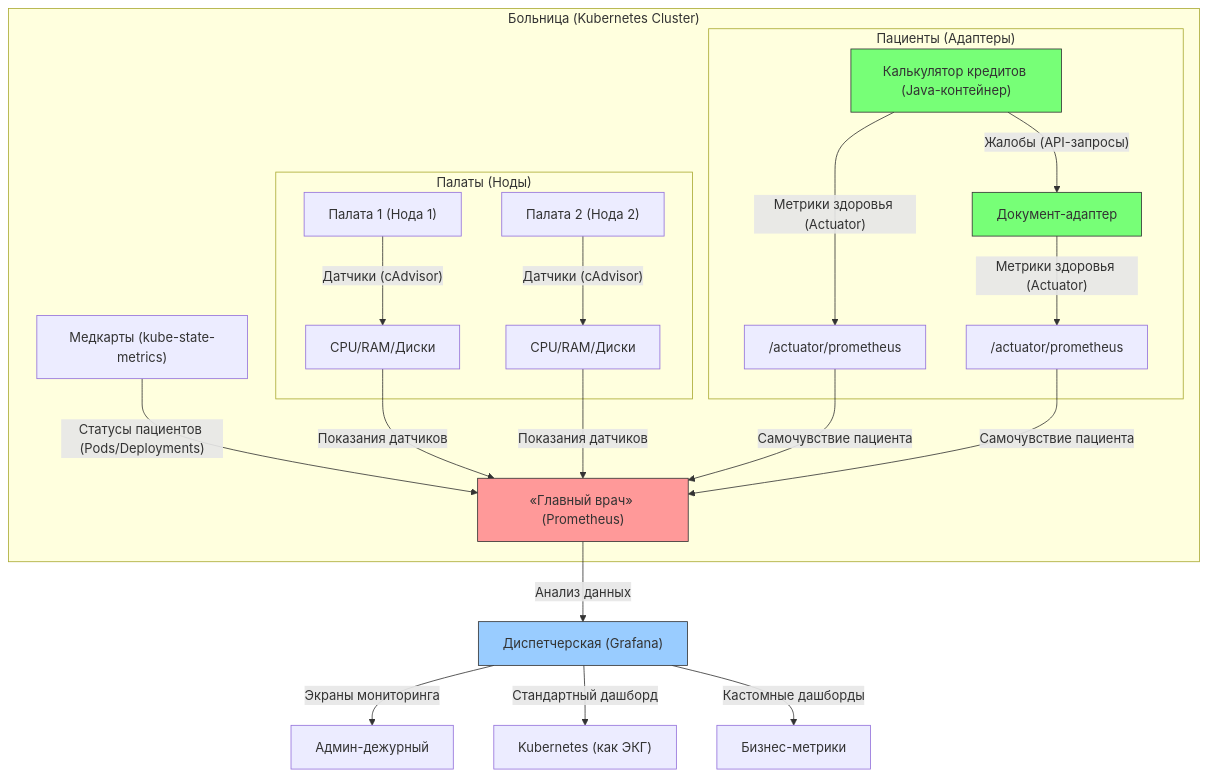
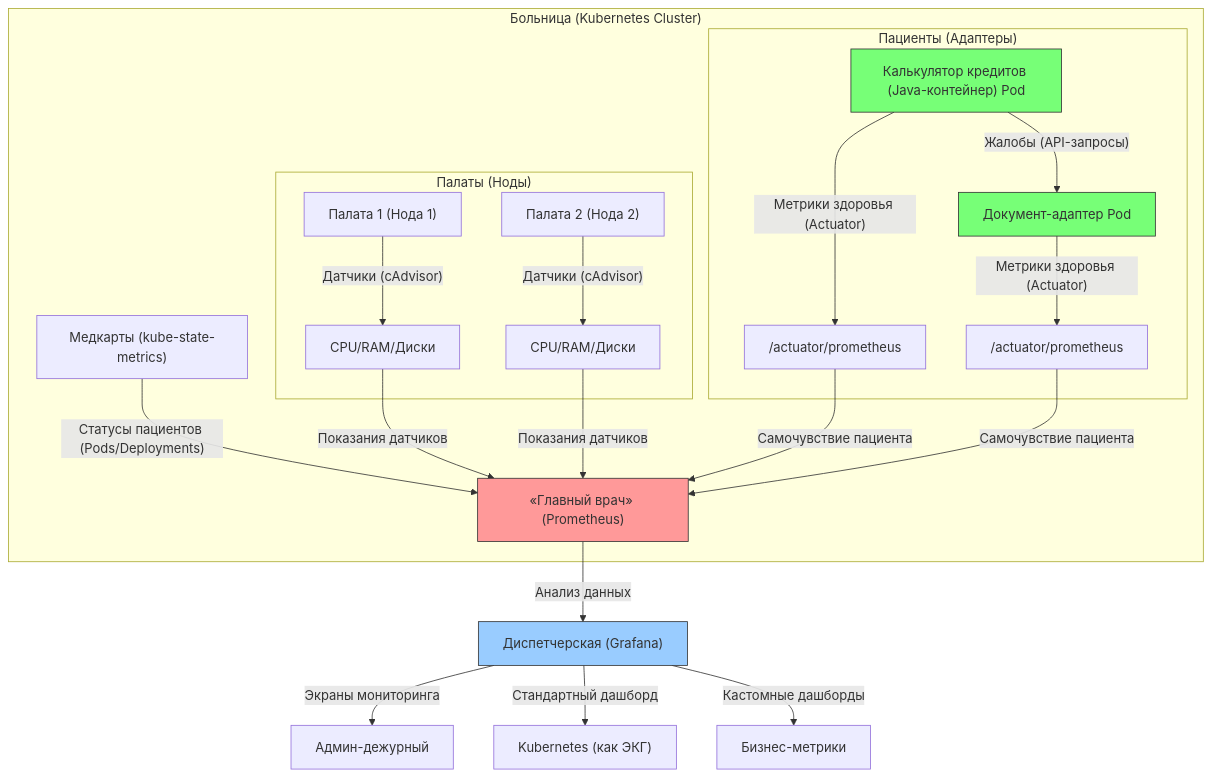
Before and after one commit to lamjob1993/kubernetes-monitoring: the diagram in kubernetes/legend/2. Проводим аналогию.md, drawn with Mermaid.

Commit message:
Update 2. Проводим аналогию.md

````diff
--- a/kubernetes/legend/2. Проводим аналогию.md
+++ b/kubernetes/legend/2. Проводим аналогию.md
@@ -3,31 +3,31 @@
 ```mermaid
 flowchart TD
     subgraph "Больница (Kubernetes Cluster)"
         subgraph "Палаты (Ноды)"
             Палата1["Палата 1 (Нода 1)"] --> |"Датчики (cAdvisor)"| Мониторы1["CPU/RAM/Диски"]
             Палата2["Палата 2 (Нода 2)"] --> |"Датчики (cAdvisor)"| Мониторы2["CPU/RAM/Диски"]
         end
 
         subgraph "Пациенты (Адаптеры)"
-            Калькулятор["Калькулятор кредитов (Java-контейнер)"] --> |"Жалобы (API-запросы)"| Документы["Документ-адаптер"]
+            Калькулятор["Калькулятор кредитов (Java-контейнер) Pod"] --> |"Жалобы (API-запросы)"| Документы["Документ-адаптер Pod"]
             Калькулятор --> |"Метрики здоровья (Actuator)"| МедКарта1["/actuator/prometheus"]
             Документы --> |"Метрики здоровья (Actuator)"| МедКарта2["/actuator/prometheus"]
         end
 
         МедКарты["Медкарты (kube-state-metrics)"] --> |"Статусы пациентов (Pods/Deployments)"| ГлавВрач
         Мониторы1 --> |"Показания датчиков"| ГлавВрач
         Мониторы2 --> |"Показания датчиков"| ГлавВрач
         МедКарта1 --> |"Самочувствие пациента"| ГлавВрач
         МедКарта2 --> |"Самочувствие пациента"| ГлавВрач
     end
 
     ГлавВрач["«Главный врач» (Prometheus)"] --> |"Анализ данных"| Диспетчерская["Диспетчерская (Grafana)"]
     Диспетчерская --> |"Экраны мониторинга"| Администратор["Админ-дежурный"]
     Диспетчерская --> |"Стандартный дашборд"| ЭКГ["Kubernetes (как ЭКГ)"]
     Диспетчерская --> |"Кастомные дашборды"| СпецМониторы["Бизнес-метрики"]
 
     style ГлавВрач fill:#ff9999,stroke:#333
     style Диспетчерская fill:#99ccff,stroke:#333
     style Калькулятор fill:#7f7,stroke:#333
     style Документы fill:#7f7,stroke:#333
 ```
````
